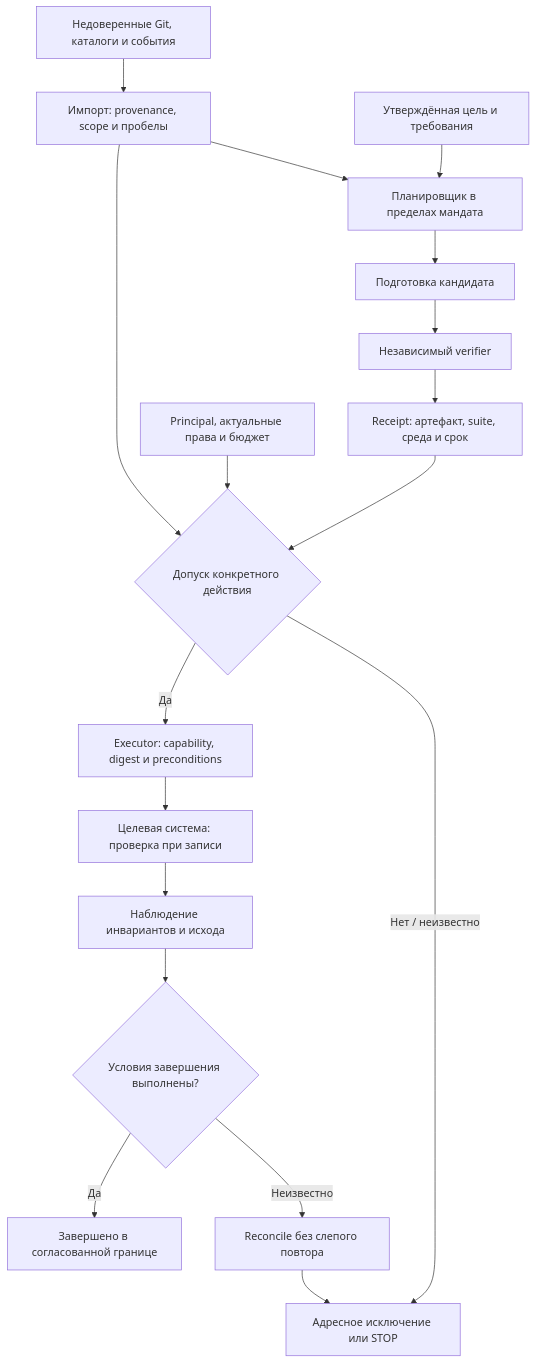
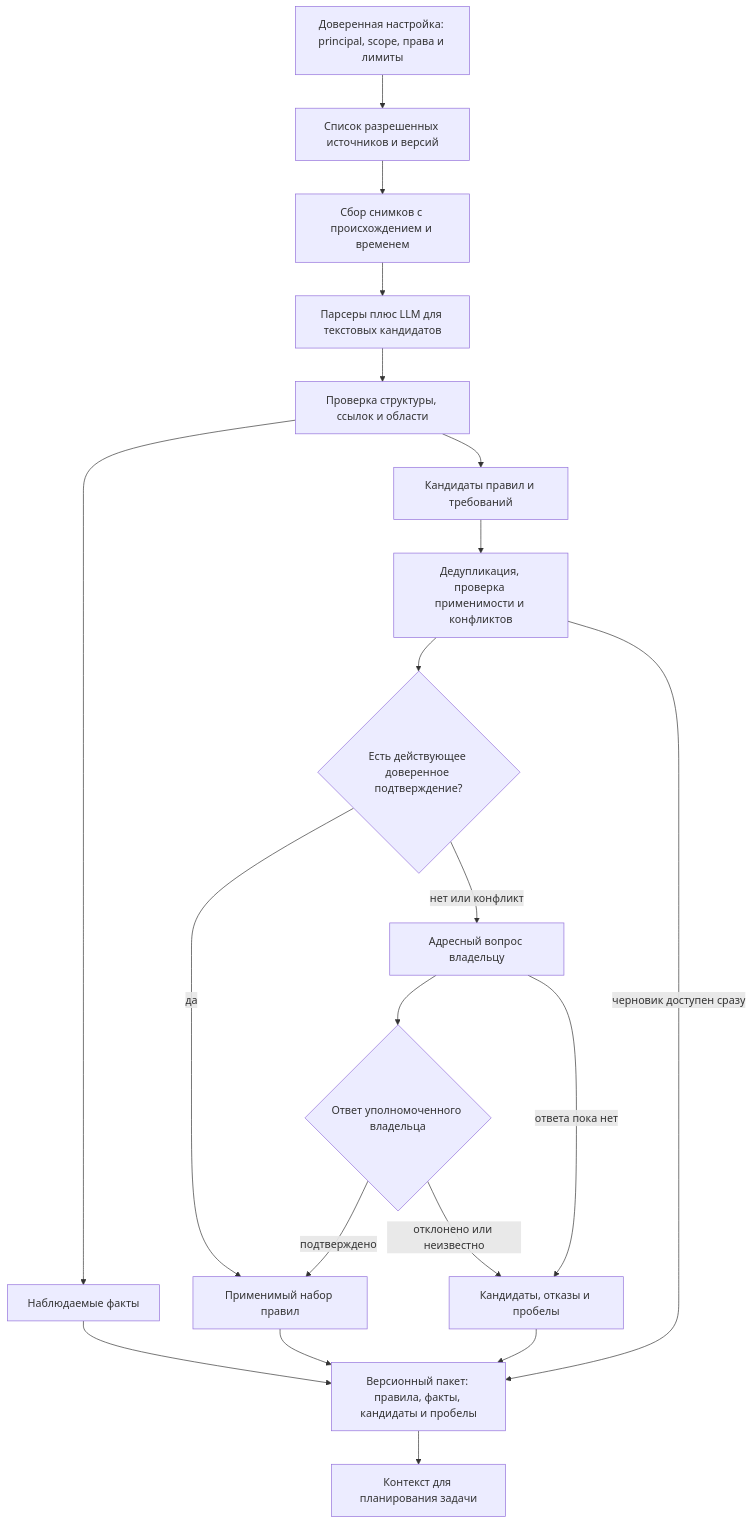
The second of 9 diagrams in docs/product-architecture-2026-10-20.md (rengalaxies/agent), drawn with Mermaid before and after one commit. The commit also changed other lines of this file and 23 other files, not shown here.

Commit message:
docs: revise advisory architecture and pre-task constitution with nine validated diagrams

````diff
--- a/docs/product-architecture-2026-10-20.md
+++ b/docs/product-architecture-2026-10-20.md
@@ -30,20 +77,22 @@
 ```mermaid
 flowchart TD
-  S["Недоверенные Git, каталоги и события"] --> C["Импорт: provenance, scope и пробелы"]
-  U["Утверждённая цель и требования"] --> P["Планировщик в пределах мандата"]
-  C --> P
-  P --> W["Подготовка кандидата"]
-  W --> V["Независимый verifier"]
-  V --> E["Receipt: артефакт, suite, среда и срок"]
-  E --> G{"Допуск конкретного действия"}
-  I["Principal, актуальные права и бюджет"] --> G
-  C --> G
-  G -->|"Нет / неизвестно"| Q["Адресное исключение или STOP"]
-  G -->|"Да"| X["Executor: capability, digest и preconditions"]
-  X --> T["Целевая система: проверка при записи"]
-  T --> O["Наблюдение инвариантов и исхода"]
-  O --> F{"Условия завершения выполнены?"}
-  F -->|"Да"| Z["Завершено в согласованной границе"]
-  F -->|"Неизвестно"| R["Reconcile без слепого повтора"]
-  R --> Q
+  B["Доверенная настройка: principal, scope, права и лимиты"] --> L["Список разрешенных источников и версий"]
+  L --> C["Сбор снимков с происхождением и временем"]
+  C --> X["Парсеры плюс LLM для текстовых кандидатов"]
+  X --> V["Проверка структуры, ссылок и области"]
+  V --> F["Наблюдаемые факты"]
+  V --> R["Кандидаты правил и требований"]
+  R --> D["Дедупликация, проверка применимости и конфликтов"]
+  D --> A{"Есть действующее доверенное подтверждение?"}
+  A -->|"да"| K["Применимый набор правил"]
+  A -->|"нет или конфликт"| Q["Адресный вопрос владельцу"]
+  Q --> U{"Ответ уполномоченного владельца"}
+  U -->|"подтверждено"| K
+  U -->|"отклонено или неизвестно"| Z["Кандидаты, отказы и пробелы"]
+  Q -->|"ответа пока нет"| Z
+  F --> M["Версионный пакет: правила, факты, кандидаты и пробелы"]
+  K --> M
+  Z --> M
+  D -->|"черновик доступен сразу"| M
+  M --> P["Контекст для планирования задачи"]
 ```
````
